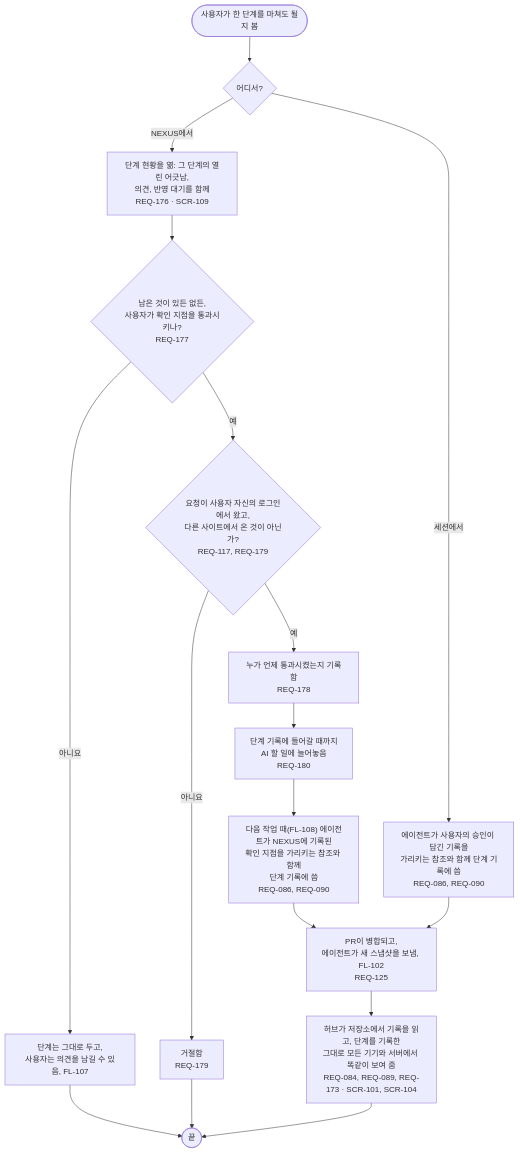
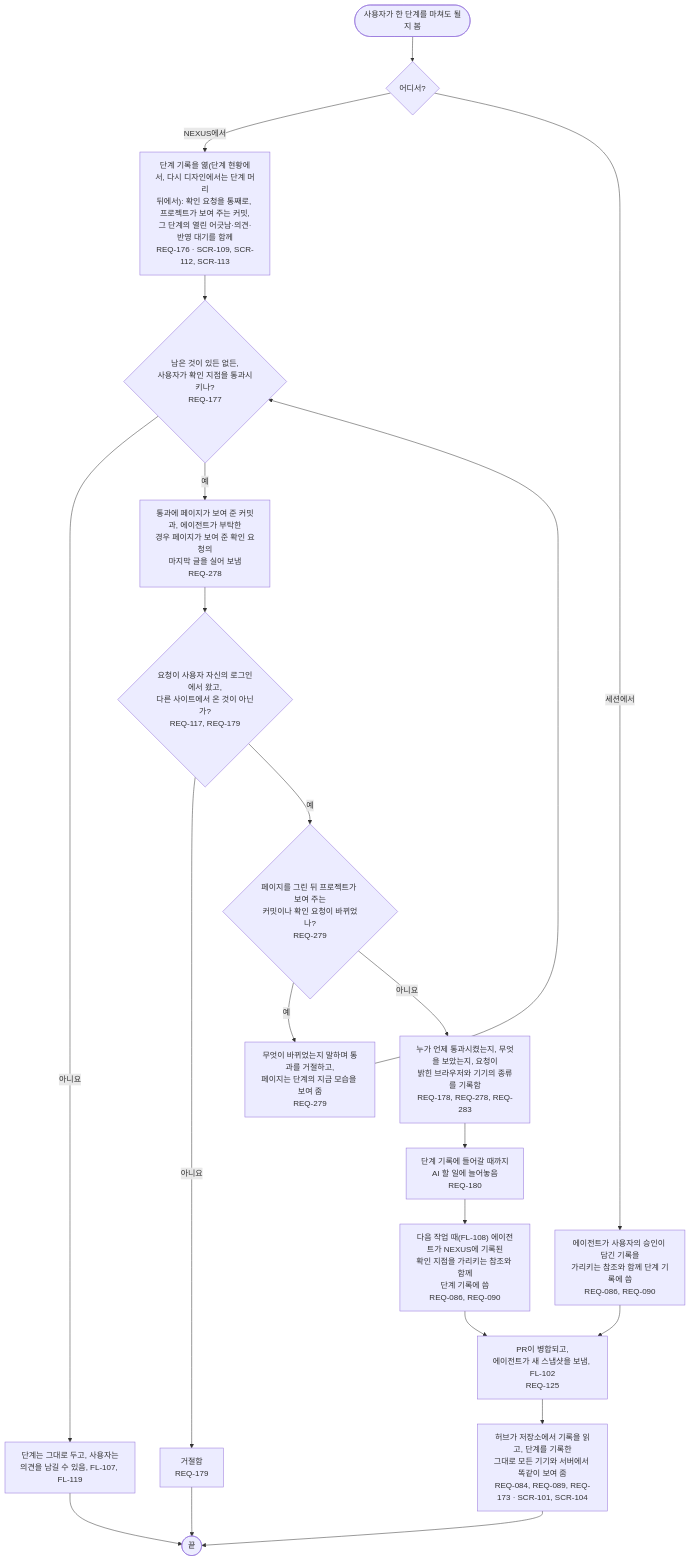
One commit to kodonghui/corthex-nexus changed the diagram in docs/03-user-flow/nexus/FL-113-pass-a-checkpoint.ko.md. Above: the diagram before and after it, drawn with Mermaid. The commit also changed other lines of this file and 43 other files, not shown here.

````diff
--- a/docs/03-user-flow/nexus/FL-113-pass-a-checkpoint.ko.md
+++ b/docs/03-user-flow/nexus/FL-113-pass-a-checkpoint.ko.md
@@ -9,19 +9,23 @@
 ```mermaid
 flowchart TD
   A(["사용자가 한 단계를 마쳐도 될지 봄"]) --> B{"어디서?"}
-  B -->|NEXUS에서| C["단계 현황을 엶: 그 단계의 열린 어긋남,<br/>의견, 반영 대기를 함께<br/>REQ-176 · SCR-109"]
+  B -->|NEXUS에서| C["단계 기록을 엶(단계 현황에서, 다시 디자인에서는 단계 머리<br/>뒤에서): 확인 요청을 통째로, 프로젝트가 보여 주는 커밋,<br/>그 단계의 열린 어긋남·의견·반영 대기를 함께<br/>REQ-176 · SCR-109, SCR-112, SCR-113"]
   C --> D{"남은 것이 있든 없든,<br/>사용자가 확인 지점을 통과시키나?<br/>REQ-177"}
-  D -->|아니요| D1["단계는 그대로 두고,<br/>사용자는 의견을 남길 수 있음, FL-107"]
+  D -->|아니요| D1["단계는 그대로 두고, 사용자는<br/>의견을 남길 수 있음, FL-107, FL-119"]
   D1 --> Z(["끝"])
-  D -->|예| E{"요청이 사용자 자신의 로그인에서 왔고,<br/>다른 사이트에서 온 것이 아닌가?<br/>REQ-117, REQ-179"}
+  D -->|예| D2["통과에 페이지가 보여 준 커밋과, 에이전트가 부탁한<br/>경우 페이지가 보여 준 확인 요청의<br/>마지막 글을 실어 보냄<br/>REQ-278"]
+  D2 --> E{"요청이 사용자 자신의 로그인에서 왔고,<br/>다른 사이트에서 온 것이 아닌가?<br/>REQ-117, REQ-179"}
   E -->|아니요| E1["거절함<br/>REQ-179"]
   E1 --> Z
-  E -->|예| F["누가 언제 통과시켰는지 기록함<br/>REQ-178"]
+  E -->|예| E2{"페이지를 그린 뒤 프로젝트가 보여 주는<br/>커밋이나 확인 요청이 바뀌었나?<br/>REQ-279"}
+  E2 -->|예| E3["무엇이 바뀌었는지 말하며 통과를 거절하고,<br/>페이지는 단계의 지금 모습을 보여 줌<br/>REQ-279"]
+  E3 --> D
+  E2 -->|아니요| F["누가 언제 통과시켰는지, 무엇을 보았는지, 요청이<br/>밝힌 브라우저와 기기의 종류를 기록함<br/>REQ-178, REQ-278, REQ-283"]
   F --> G["단계 기록에 들어갈 때까지<br/>AI 할 일에 늘어놓음<br/>REQ-180"]
   G --> H["다음 작업 때(FL-108) 에이전트가 NEXUS에 기록된<br/>확인 지점을 가리키는 참조와 함께<br/>단계 기록에 씀<br/>REQ-086, REQ-090"]
   B -->|세션에서| I["에이전트가 사용자의 승인이 담긴 기록을<br/>가리키는 참조와 함께 단계 기록에 씀<br/>REQ-086, REQ-090"]
   H --> J["PR이 병합되고,<br/>에이전트가 새 스냅샷을 보냄, FL-102<br/>REQ-125"]
   I --> J
   J --> K["허브가 저장소에서 기록을 읽고, 단계를 기록한<br/>그대로 모든 기기와 서버에서 똑같이 보여 줌<br/>REQ-084, REQ-089, REQ-173 · SCR-101, SCR-104"]
   K --> Z
 ```
````
